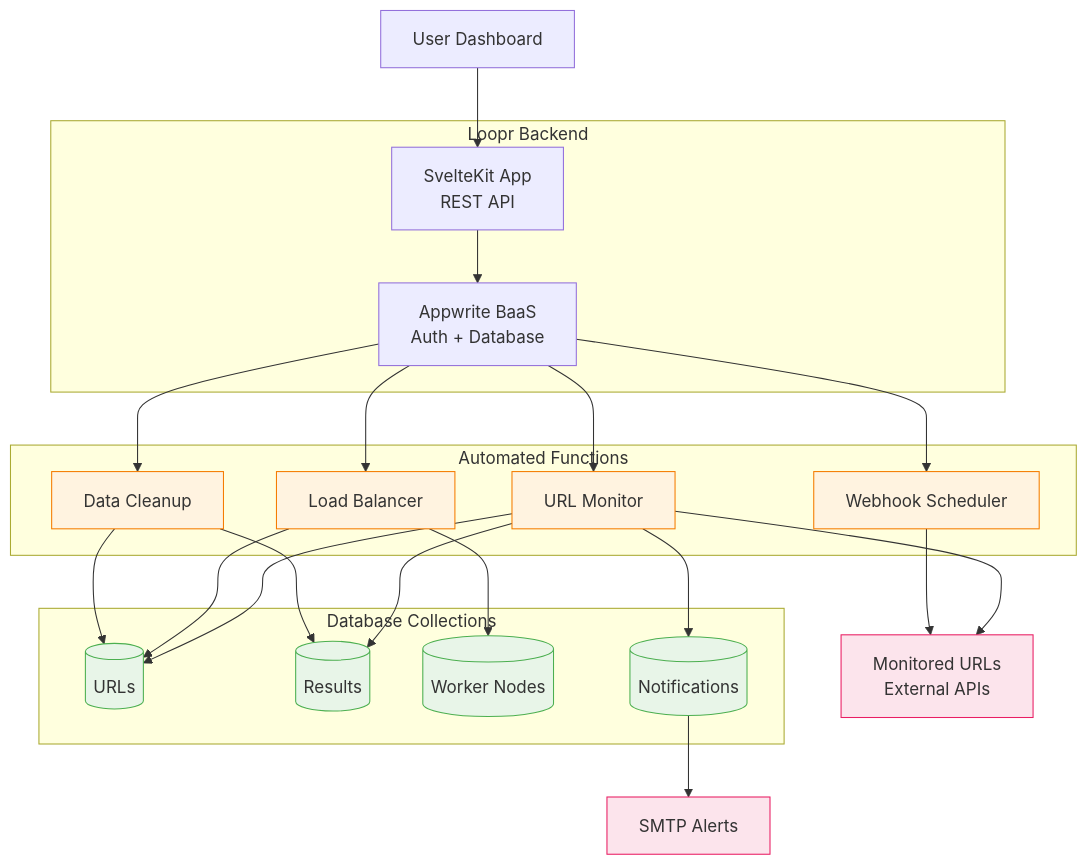
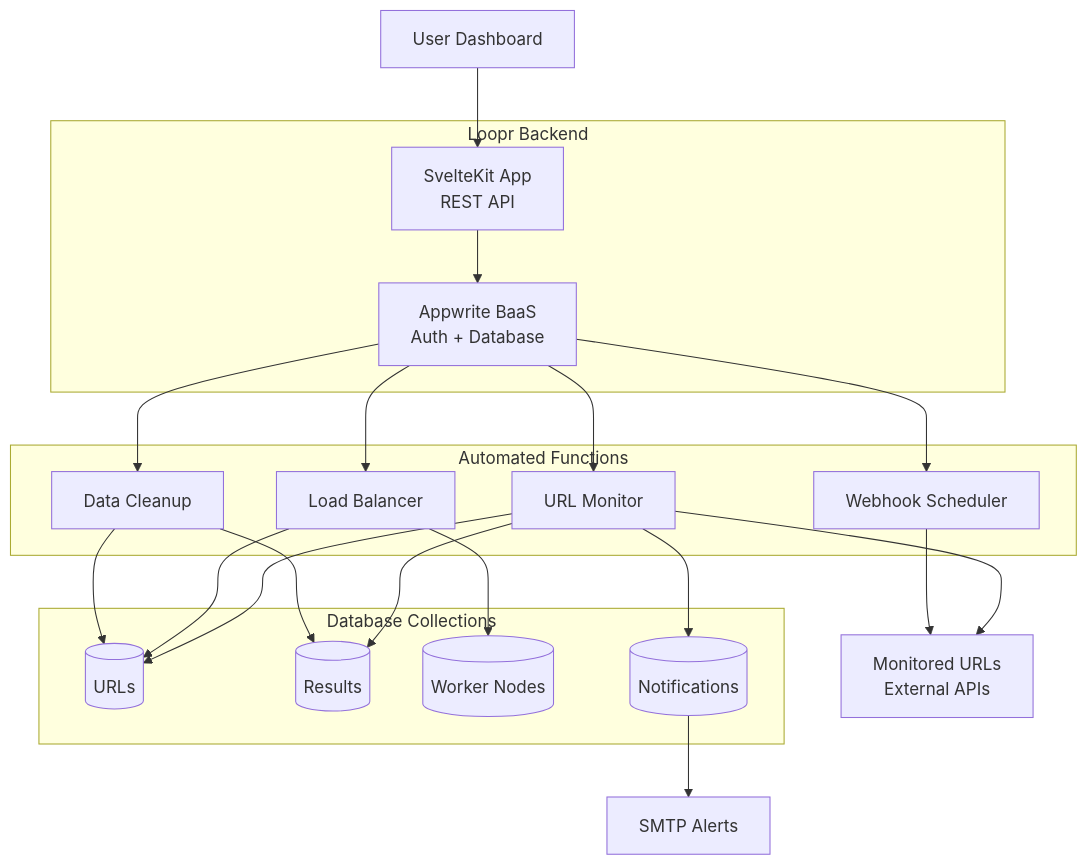
Before and after one commit to AnishSarkar22/Loopr: the diagram in README.md, drawn with Mermaid. The commit also changed other lines of this file, not shown here.

Commit message:
docs: removed styling definitions in README

````diff
--- a/README.md
+++ b/README.md
@@ -78,63 +76,59 @@
 ```mermaid
 graph TB
     %% User Interface
     User[User Dashboard]
     
     %% Core Application
     subgraph "Loopr Backend"
         API[SvelteKit App<br/>REST API]
         Appwrite[Appwrite BaaS<br/>Auth + Database]
     end
     
     %% Serverless Functions
     subgraph "Automated Functions"
         Monitor[URL Monitor]
         Workers[Load Balancer] 
         Webhooks[Webhook Scheduler]
         Cleanup[Data Cleanup]
     end
     
     %% Data Storage
     subgraph "Database Collections"
         URLs[(URLs)]
         Results[(Results)]
         Nodes[(Worker Nodes)]
         Alerts[(Notifications)]
     end
     
     %% External
     Internet[Monitored URLs<br/>External APIs]
     Email[SMTP Alerts]
     
     %% Connections
     User --> API
     API --> Appwrite
     Appwrite --> Monitor
     Appwrite --> Workers
     Appwrite --> Webhooks
     Appwrite --> Cleanup
     
     Monitor --> URLs
     Monitor --> Results
     Monitor --> Internet
     Monitor --> Alerts
     
     Workers --> URLs
     Workers --> Nodes
     
     Webhooks --> Internet
     
     Cleanup --> Results
     Cleanup --> URLs
     
     Alerts --> Email
     
     %% Styling
-    classDef functions fill:#fff3e0,stroke:#f57c00
-    classDef data fill:#e8f5e8,stroke:#4caf50
-    classDef external fill:#fce4ec,stroke:#e91e63
-    
     class Monitor,Workers,Webhooks,Cleanup functions
     class URLs,Results,Nodes,Alerts data
     class Internet,Email external
 ```
````
